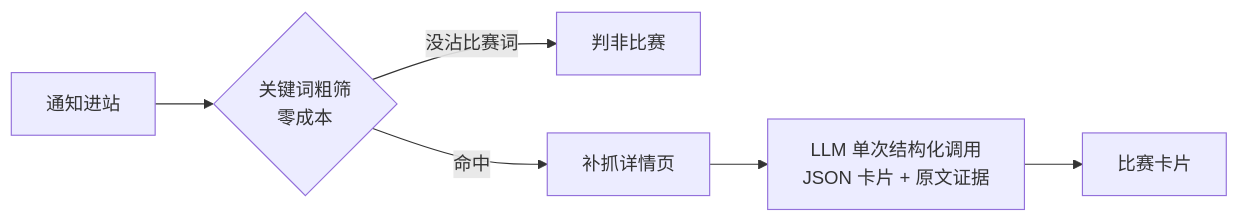
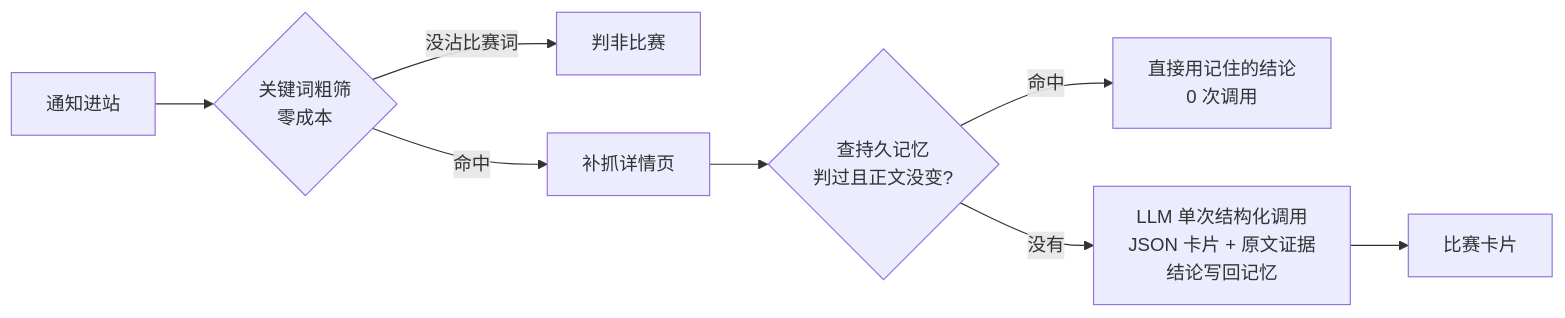
Before and after one commit to Baicaicn23/contest-agent: the second of 2 diagrams in README.md, drawn with Mermaid. The commit also changed other lines of this file, not shown here.

Commit message:
docs: README 全面同步到 v2/M2——徽章 99 测试、功能特性表、架构图、目录注释、路线图 M1/M2 打勾

````diff
--- a/README.md
+++ b/README.md
@@ -109,8 +115,10 @@
 ```mermaid
 flowchart LR
     A[通知进站] --> B{关键词粗筛<br/>零成本}
     B -->|没沾比赛词| X[判非比赛]
     B -->|命中| C[补抓详情页]
-    C --> D[LLM 单次结构化调用<br/>JSON 卡片 + 原文证据]
+    C --> F{查持久记忆<br/>判过且正文没变?}
+    F -->|命中| E2[直接用记住的结论<br/>0 次调用]
+    F -->|没有| D[LLM 单次结构化调用<br/>JSON 卡片 + 原文证据<br/>结论写回记忆]
     D --> E[比赛卡片]
 ```
````
